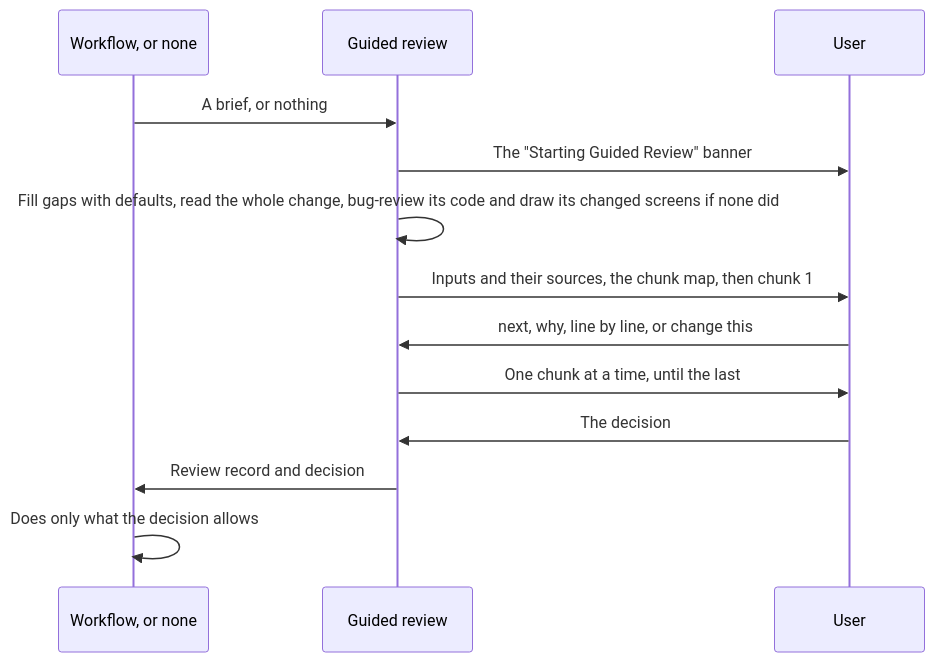
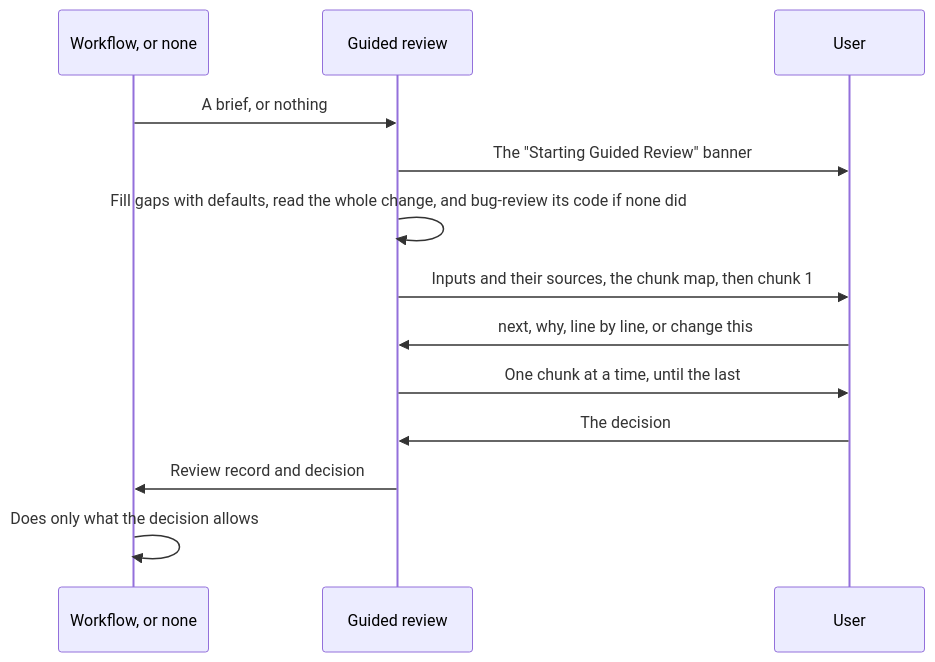
The first of 3 diagrams in skills/guided-review/SKILL.md (fsw0422/.ksp), drawn with Mermaid before and after one commit. The commit also changed other lines of this file and 8 other files, not shown here.

````diff
--- a/skills/guided-review/SKILL.md
+++ b/skills/guided-review/SKILL.md
@@ -12,15 +12,15 @@
 ```mermaid
 sequenceDiagram
     participant W as Workflow, or none
     participant R as Guided review
     participant U as User
     W->>R: A brief, or nothing
     R->>U: The "Starting Guided Review" banner
-    R->>R: Fill gaps with defaults, read the whole change, bug-review its code and draw its changed screens if none did
+    R->>R: Fill gaps with defaults, read the whole change, and bug-review its code if none did
     R->>U: Inputs and their sources, the chunk map, then chunk 1
     U->>R: next, why, line by line, or change this
     R->>U: One chunk at a time, until the last
     U->>R: The decision
     R->>W: Review record and decision
     W->>W: Does only what the decision allows
 ```
````
